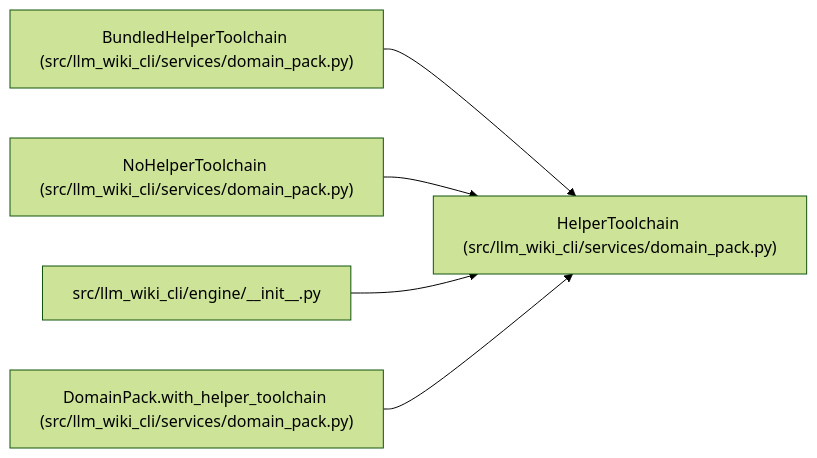
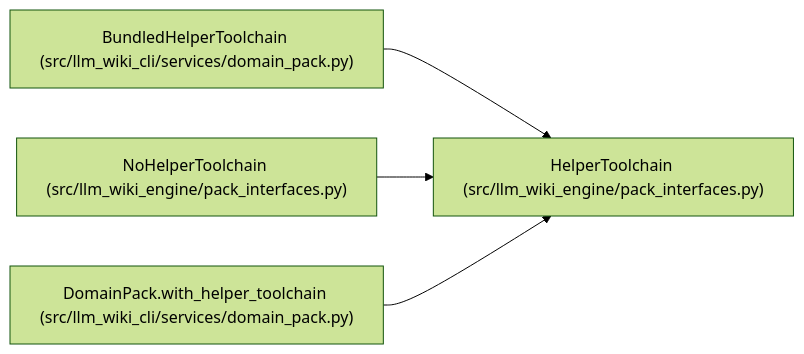
Before and after one commit to Denissvgn/python-wiki-llm: the diagram in docs/llm_wiki/entities/HelperToolchain.md, drawn with Mermaid (forest theme). The commit also changed other lines of this file and 585 other files, not shown here.

Commit message:
docs: refresh the wiki for per-engine integrations

````diff
--- a/docs/llm_wiki/entities/HelperToolchain.md
+++ b/docs/llm_wiki/entities/HelperToolchain.md
@@ -33,17 +33,14 @@
 ```mermaid
 flowchart LR
-    n0["HelperToolchain (src/llm_wiki_cli/services/domain_pack.py)"]
+    n0["HelperToolchain (src/llm_wiki_engine/pack_interfaces.py)"]
     n1["BundledHelperToolchain (src/llm_wiki_cli/services/domain_pack.py)"]
-    n2["NoHelperToolchain (src/llm_wiki_cli/services/domain_pack.py)"]
-    n3["src/llm_wiki_cli/engine/__init__.py"]
-    n4["DomainPack.with_helper_toolchain (src/llm_wiki_cli/services/domain_pack.py)"]
+    n2["NoHelperToolchain (src/llm_wiki_engine/pack_interfaces.py)"]
+    n3["DomainPack.with_helper_toolchain (src/llm_wiki_cli/services/domain_pack.py)"]
     n1 --> n0
     n2 --> n0
     n3 --> n0
-    n4 --> n0
-    click n0 "../modules/domain_pack.md"
+    click n0 "../modules/pack_interfaces.md"
     click n1 "../modules/domain_pack.md"
-    click n2 "../modules/domain_pack.md"
-    click n3 "../modules/engine___init__.md"
-    click n4 "../modules/domain_pack.md"
+    click n2 "../modules/pack_interfaces.md"
+    click n3 "../modules/domain_pack.md"
 ```
````
